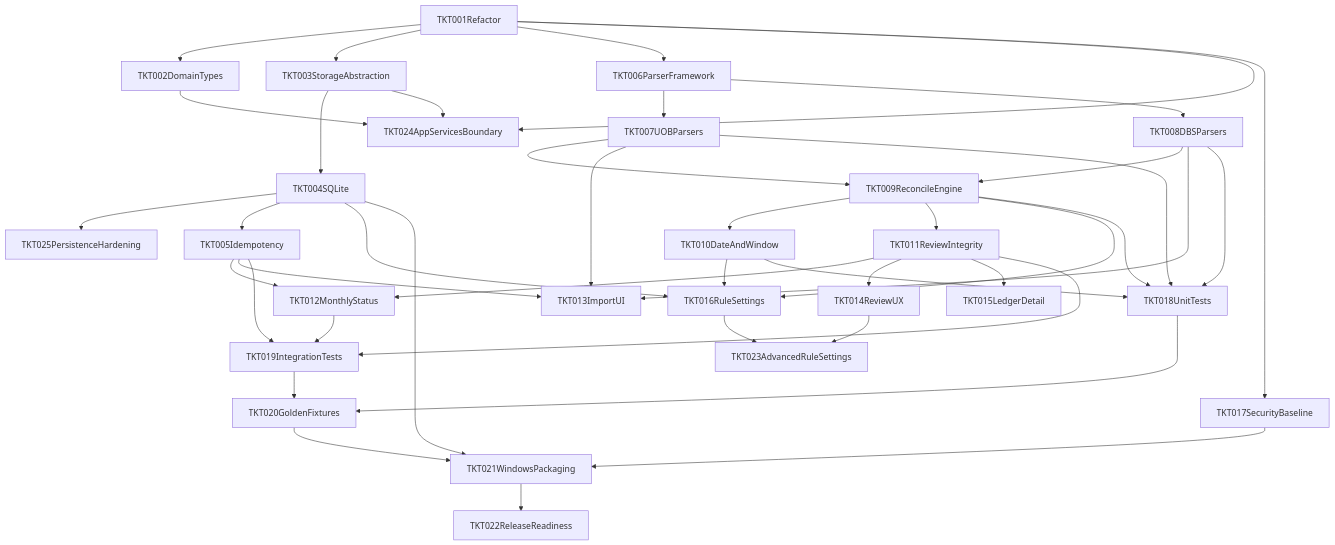
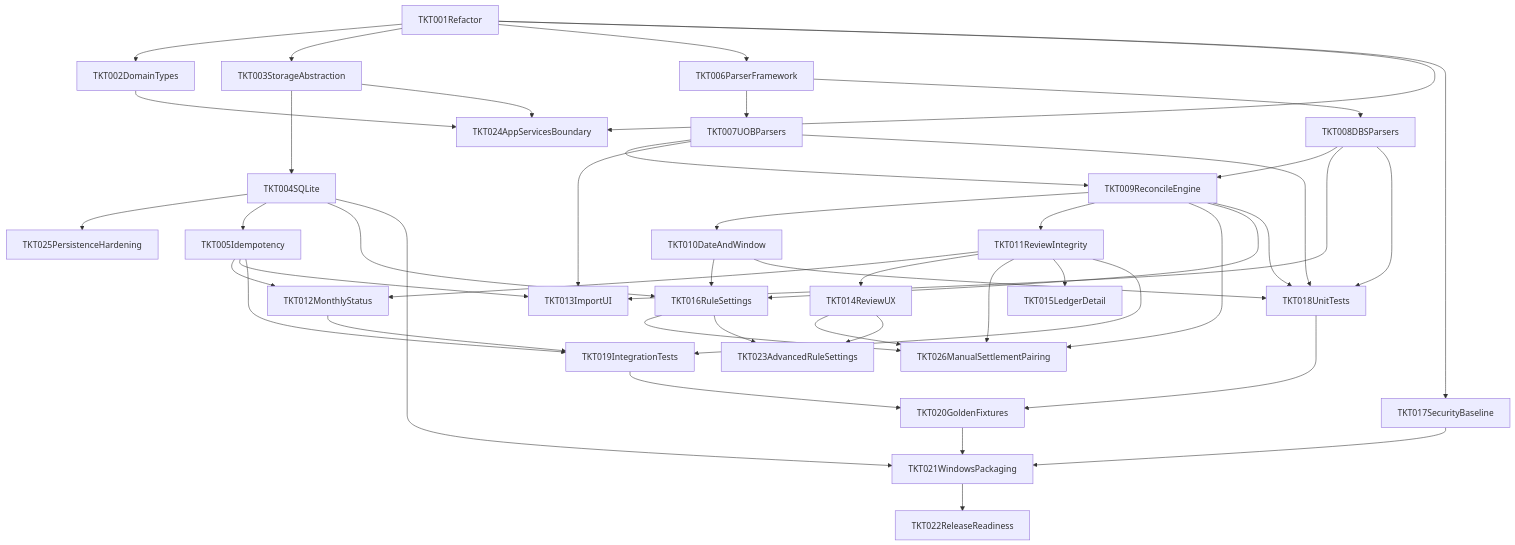
Before and after one commit to rbth7e5/Finny: the diagram in IMPLEMENTATION_TICKETS.md, drawn with Mermaid. The commit also changed other lines of this file and 14 other files, not shown here.

First line of the commit message:
feat(rule-profile): same-issuer settlement scope; docs TKT-026

````diff
--- a/IMPLEMENTATION_TICKETS.md
+++ b/IMPLEMENTATION_TICKETS.md
@@ -396,44 +411,48 @@
 ```mermaid
 flowchart TD
   t1[TKT001Refactor] --> t2[TKT002DomainTypes]
   t1 --> t3[TKT003StorageAbstraction]
   t3 --> t4[TKT004SQLite]
   t4 --> t25[TKT025PersistenceHardening]
   t4 --> t5[TKT005Idempotency]
   t1 --> t6[TKT006ParserFramework]
   t6 --> t7[TKT007UOBParsers]
   t6 --> t8[TKT008DBSParsers]
   t7 --> t9[TKT009ReconcileEngine]
   t8 --> t9
   t9 --> t10[TKT010DateAndWindow]
   t9 --> t11[TKT011ReviewIntegrity]
   t5 --> t12[TKT012MonthlyStatus]
   t11 --> t12
   t7 --> t13[TKT013ImportUI]
   t8 --> t13
   t5 --> t13
   t11 --> t14[TKT014ReviewUX]
+  t14 --> t26[TKT026ManualSettlementPairing]
+  t11 --> t26
+  t9 --> t26
+  t16 --> t26
   t11 --> t15[TKT015LedgerDetail]
   t9 --> t16[TKT016RuleSettings]
   t10 --> t16
   t4 --> t16
   t16 --> t23[TKT023AdvancedRuleSettings]
   t14 --> t23
   t1 --> t24[TKT024AppServicesBoundary]
   t2 --> t24
   t3 --> t24
   t1 --> t17[TKT017SecurityBaseline]
   t7 --> t18[TKT018UnitTests]
   t8 --> t18
   t9 --> t18
   t10 --> t18
   t5 --> t19[TKT019IntegrationTests]
   t11 --> t19
   t12 --> t19
   t18 --> t20[TKT020GoldenFixtures]
   t19 --> t20
   t4 --> t21[TKT021WindowsPackaging]
   t17 --> t21
   t20 --> t21
   t21 --> t22[TKT022ReleaseReadiness]
 ```
````
